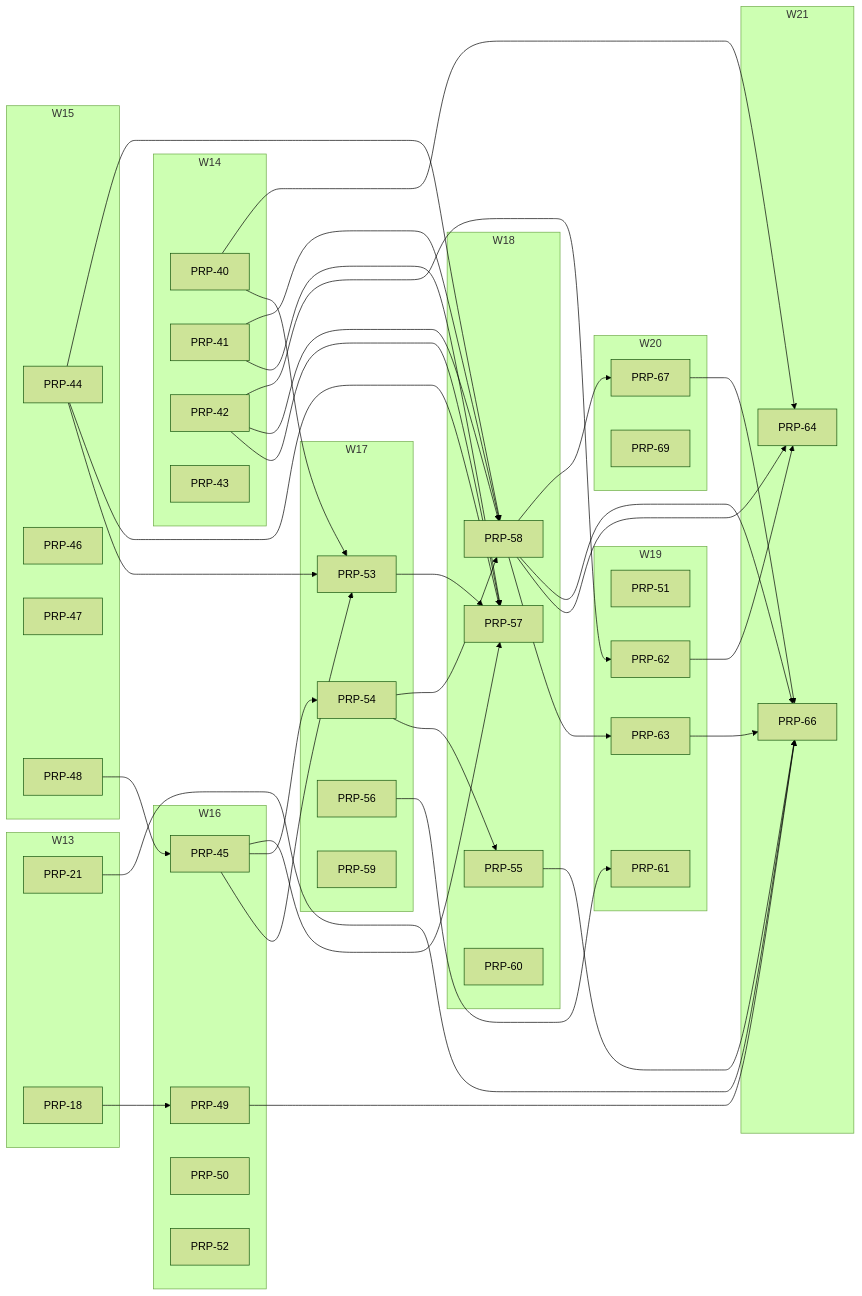
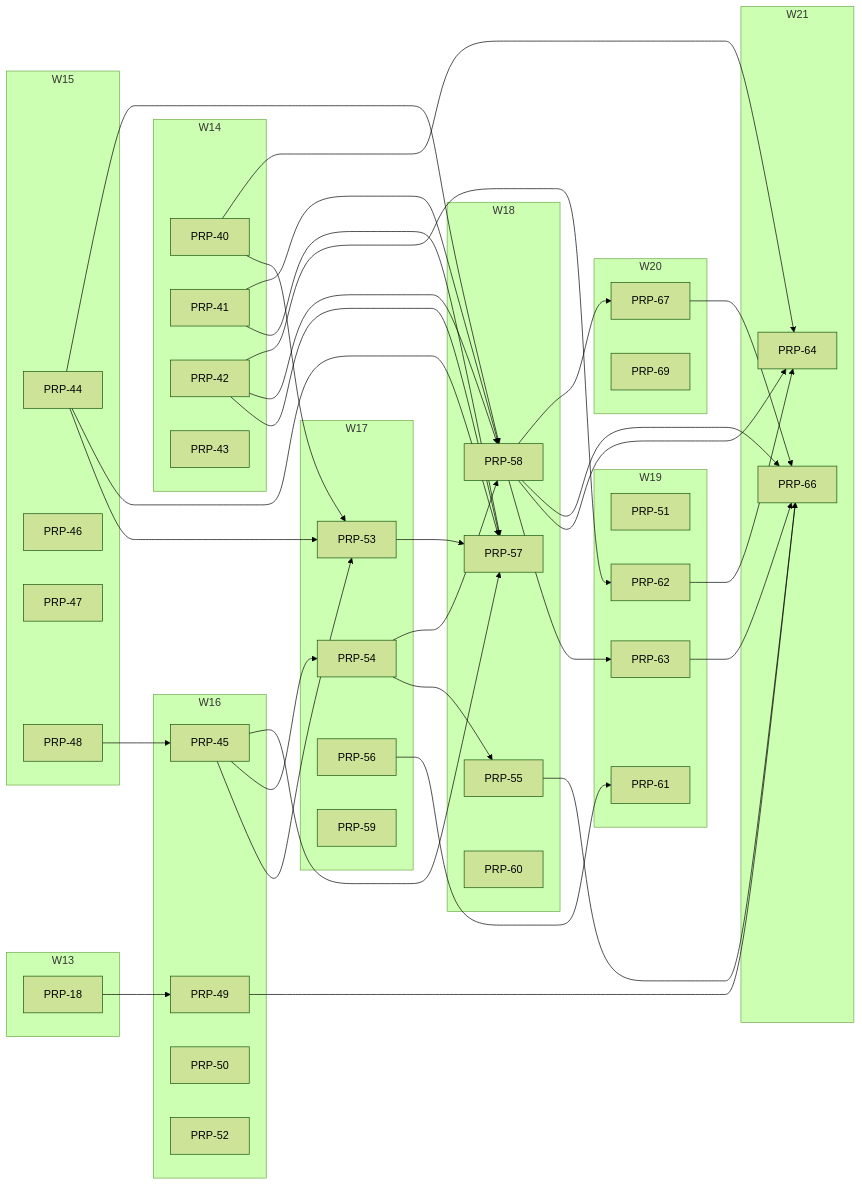
Before and after one commit to fgarofalo56/neurosphere: the diagram in PRPs/EXECUTION-PLAN.md, drawn with Mermaid (forest theme). The commit also changed other lines of this file and 6 other files, not shown here.

````diff
--- a/PRPs/EXECUTION-PLAN.md
+++ b/PRPs/EXECUTION-PLAN.md
@@ -150,80 +149,78 @@
 ```mermaid
 flowchart LR
   subgraph W13
-    P21["PRP-21"]
     P18["PRP-18"]
   end
   subgraph W14
     P40["PRP-40"]
     P41["PRP-41"]
     P42["PRP-42"]
     P43["PRP-43"]
   end
   subgraph W15
     P44["PRP-44"]
     P46["PRP-46"]
     P47["PRP-47"]
     P48["PRP-48"]
   end
   subgraph W16
     P45["PRP-45"]
     P49["PRP-49"]
     P50["PRP-50"]
     P52["PRP-52"]
   end
   subgraph W17
     P53["PRP-53"]
     P54["PRP-54"]
     P56["PRP-56"]
     P59["PRP-59"]
   end
   subgraph W18
     P57["PRP-57"]
     P55["PRP-55"]
     P58["PRP-58"]
     P60["PRP-60"]
   end
   subgraph W19
     P51["PRP-51"]
     P61["PRP-61"]
     P62["PRP-62"]
     P63["PRP-63"]
   end
   subgraph W20
     P67["PRP-67"]
     P69["PRP-69"]
   end
   subgraph W21
     P64["PRP-64"]
     P66["PRP-66"]
   end
   P48 --> P45
   P18 --> P49
   P40 --> P53
   P44 --> P53
   P45 --> P53
   P45 --> P54
   P54 --> P55
   P41 --> P57
   P42 --> P57
   P44 --> P57
   P45 --> P57
   P53 --> P57
   P41 --> P58
   P42 --> P58
   P44 --> P58
   P54 --> P58
   P56 --> P61
   P42 --> P62
   P58 --> P63
   P40 --> P64
   P58 --> P64
   P62 --> P64
-  P21 --> P66
   P49 --> P66
   P55 --> P66
   P58 --> P66
   P63 --> P66
   P67 --> P66
   P58 --> P67
 ```
````
